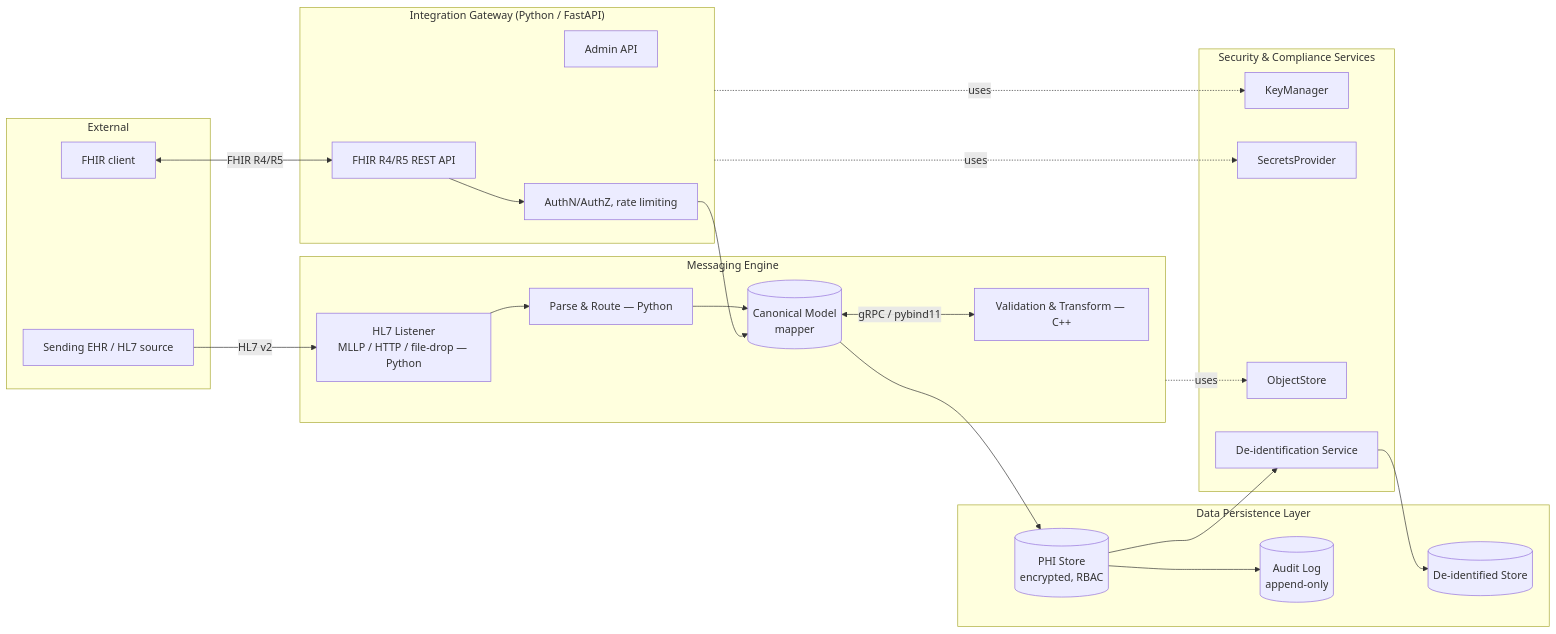
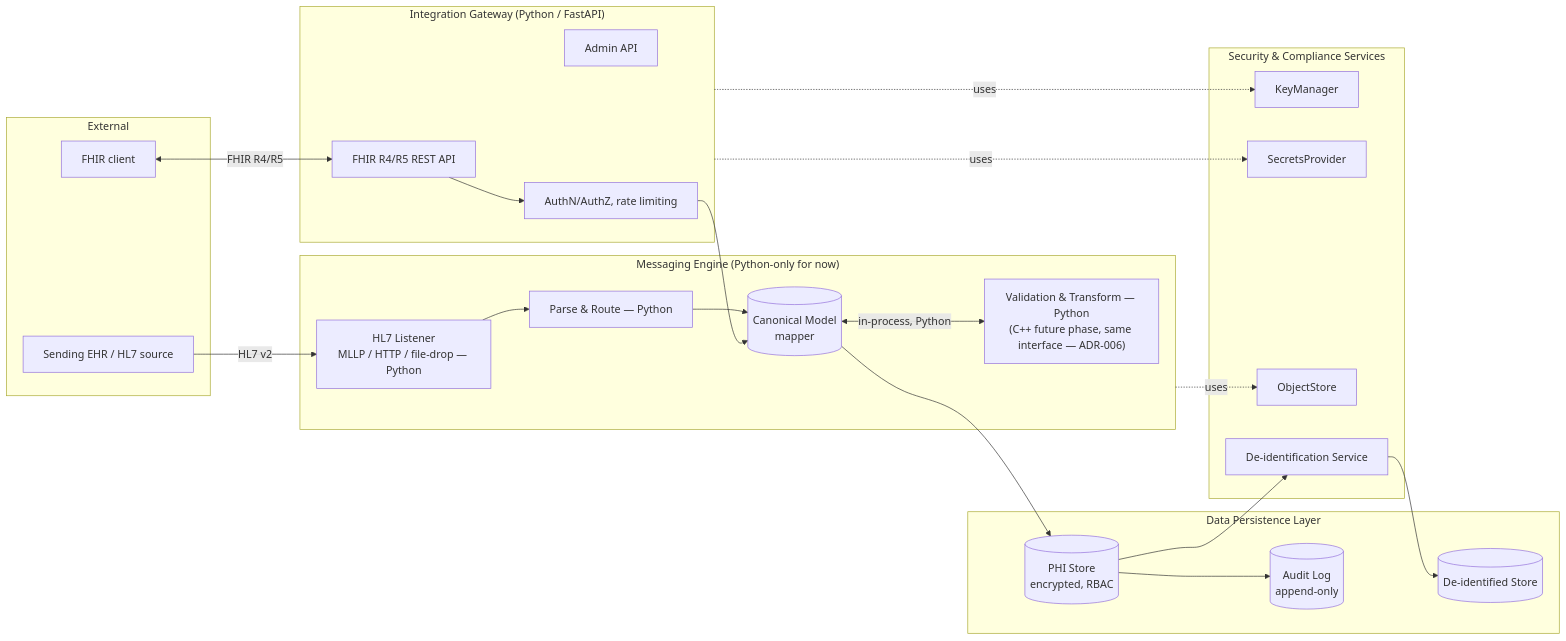
One commit to TechNaom/healthcare-interop-platform changed the first of 2 diagrams in docs/ARCHITECTURE.md. Above: the diagram before and after it, drawn with Mermaid. The commit also changed other lines of this file and 5 other files, not shown here.

Commit message:
Amend scope: Python-only for current build, C++ deferred to future phase (ADR-006)

````diff
--- a/docs/ARCHITECTURE.md
+++ b/docs/ARCHITECTURE.md
@@ -15,44 +15,44 @@
 ```mermaid
 flowchart LR
     subgraph External
         EHR[Sending EHR / HL7 source]
         FHIRC[FHIR client]
     end
 
     subgraph Gateway["Integration Gateway (Python / FastAPI)"]
         FHIRAPI[FHIR R4/R5 REST API]
         AdminAPI[Admin API]
         AuthZ[AuthN/AuthZ, rate limiting]
     end
 
-    subgraph Messaging["Messaging Engine"]
+    subgraph Messaging["Messaging Engine (Python-only for now)"]
         HL7Listener[HL7 Listener\nMLLP / HTTP / file-drop — Python]
         HL7Parser[Parse & Route — Python]
-        Validator[Validation & Transform — C++]
+        Validator["Validation & Transform — Python\n(C++ future phase, same interface — ADR-006)"]
         Canon[(Canonical Model\nmapper)]
     end
 
     subgraph Persistence["Data Persistence Layer"]
         PHI[(PHI Store\nencrypted, RBAC)]
         Audit[(Audit Log\nappend-only)]
         DeID[(De-identified Store)]
     end
 
     subgraph Security["Security & Compliance Services"]
         KM[KeyManager]
         SP[SecretsProvider]
         OS[ObjectStore]
         DeIDSvc[De-identification Service]
     end
 
     EHR -->|HL7 v2| HL7Listener --> HL7Parser --> Canon
-    Canon <-->|gRPC / pybind11| Validator
+    Canon <-->|in-process, Python| Validator
     Canon --> PHI
     FHIRC <-->|FHIR R4/R5| FHIRAPI
     FHIRAPI --> AuthZ --> Canon
     PHI --> Audit
     PHI --> DeIDSvc --> DeID
     Gateway -.uses.-> KM
     Gateway -.uses.-> SP
     Messaging -.uses.-> OS
 ```
````
